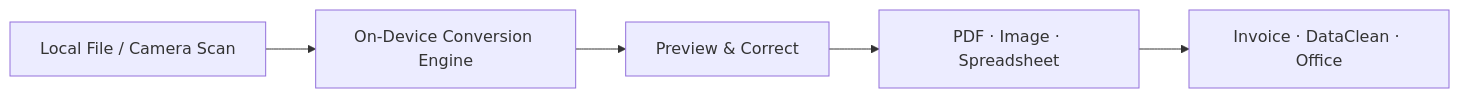
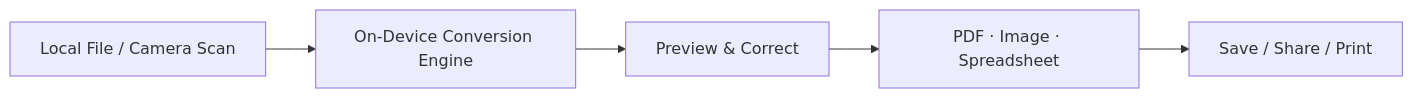
Before and after one commit to atulyaai/Atulya-All-File-Converter: the diagram in README.md, drawn with Mermaid. The commit also changed other lines of this file, not shown here.

````diff
--- a/README.md
+++ b/README.md
@@ -28,7 +28,7 @@
 ```mermaid
 flowchart LR
     FILE["Local File / Camera Scan"] --> ENGINE["On-Device Conversion Engine"]
     ENGINE --> PREVIEW["Preview & Correct"]
     PREVIEW --> EXPORT["PDF · Image · Spreadsheet"]
-    EXPORT --> MODULES["Invoice · DataClean · Office"]
+    EXPORT --> SHARE["Save / Share / Print"]
 ```
````
